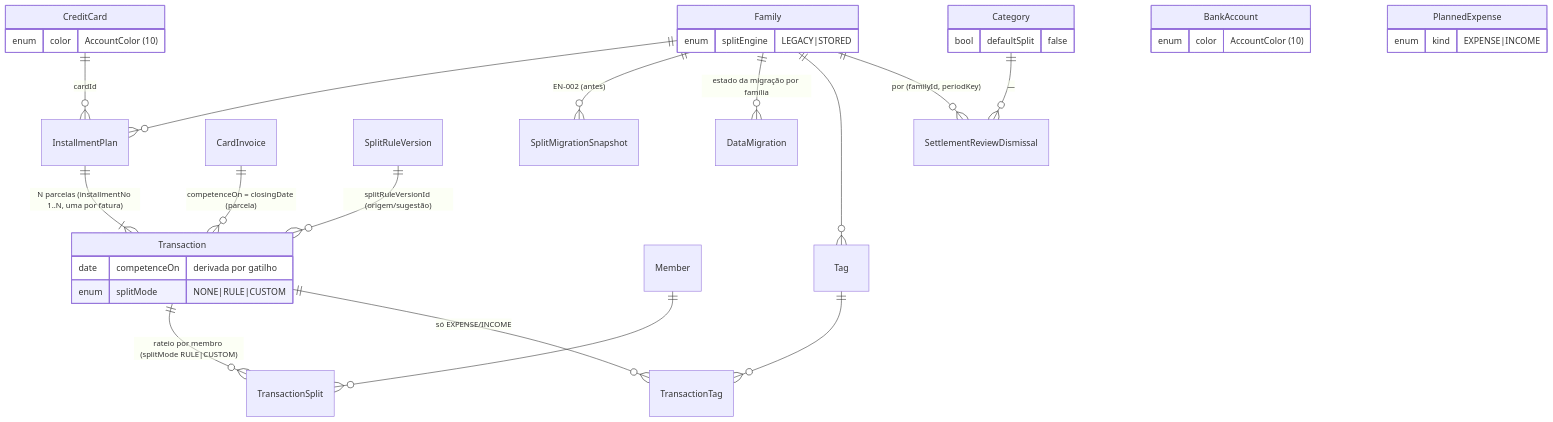
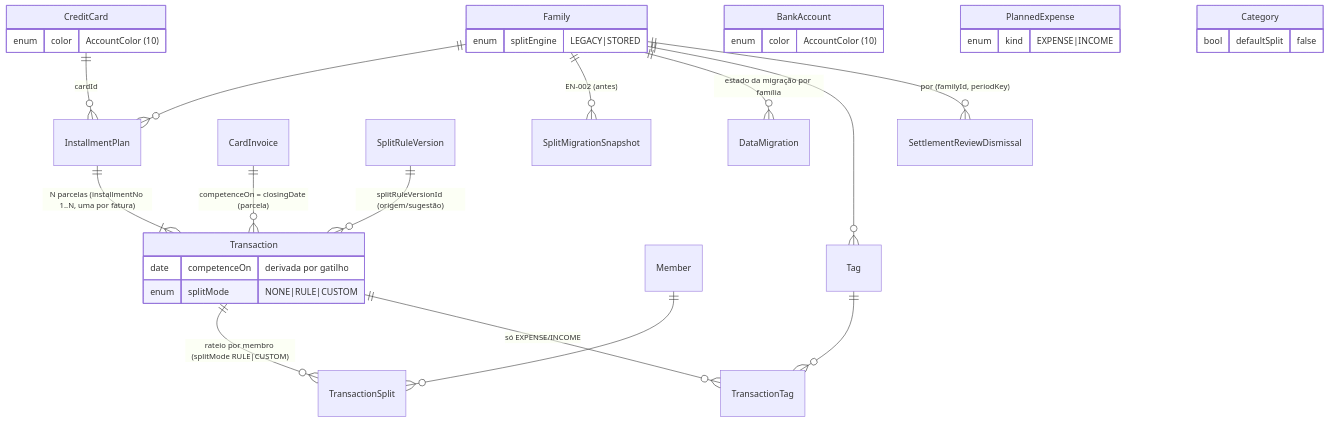
One commit to arlandantas/finance-manager changed the fourth of 4 diagrams in agents/tech-lead/architecture/modelo-de-dados.md. Above: the diagram before and after it, drawn with Mermaid. The commit also changed 2 other files, not shown here.

Commit message:
docs(tl): registra TL-10..TL-22 em pedidos ao gestor (R3)
Errata do ADR-016, release R3-A/R3-B e janela de reversão, travas de parcela,
revisão do mês sem parcelas, untagged, caracteres de tag, payerIds, cor e kind.

````diff
--- a/agents/tech-lead/architecture/modelo-de-dados.md
+++ b/agents/tech-lead/architecture/modelo-de-dados.md
@@ -702,24 +702,23 @@
 ```mermaid
 erDiagram
     Family ||--o{ InstallmentPlan : ""
     CreditCard ||--o{ InstallmentPlan : "cardId"
     InstallmentPlan ||--|{ Transaction : "N parcelas (installmentNo 1..N, uma por fatura)"
     CardInvoice ||--o{ Transaction : "competenceOn = closingDate (parcela)"
     Transaction ||--o{ TransactionSplit : "rateio por membro (splitMode RULE|CUSTOM)"
     Member ||--o{ TransactionSplit : ""
     SplitRuleVersion ||--o{ Transaction : "splitRuleVersionId (origem/sugestão)"
     Family ||--o{ SplitMigrationSnapshot : "EN-002 (antes)"
     Family ||--o{ DataMigration : "estado da migração por família"
     Family ||--o{ Tag : ""
     Transaction ||--o{ TransactionTag : "só EXPENSE/INCOME"
     Tag ||--o{ TransactionTag : ""
-    Category ||--o{ SettlementReviewDismissal : "—"
     Family ||--o{ SettlementReviewDismissal : "por (familyId, periodKey)"
     BankAccount { enum color "AccountColor (10)" }
     CreditCard  { enum color "AccountColor (10)" }
     PlannedExpense { enum kind "EXPENSE|INCOME" }
     Family { enum splitEngine "LEGACY|STORED" }
     Category { bool defaultSplit "false" }
     Transaction { date competenceOn "derivada por gatilho"
       enum splitMode "NONE|RULE|CUSTOM" }
 ```
````
